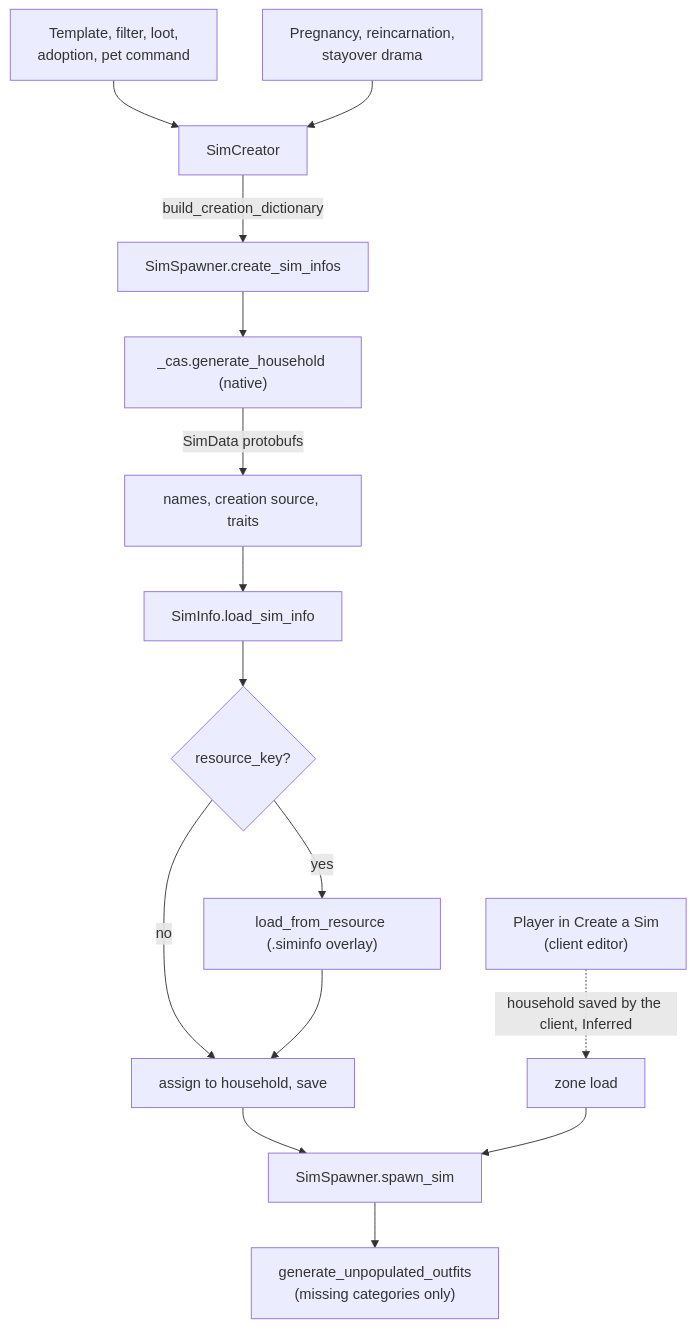
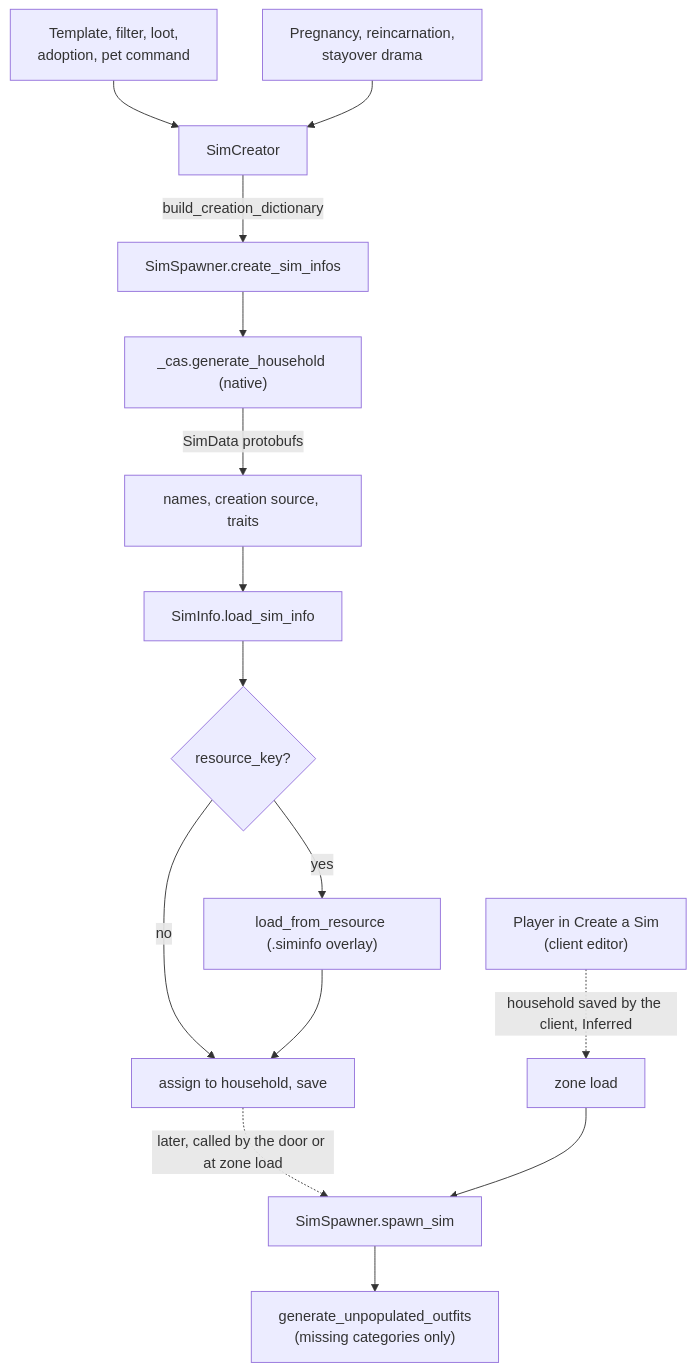
One commit to sudo-ezekiel/how-the-sims-4-works changed the second of 3 diagrams in src/3.01-create-a-sim.md. Above: the diagram before and after it, drawn with Mermaid. The commit also changed other lines of this file and 60 other files, not shown here.

````diff
--- a/src/3.01-create-a-sim.md
+++ b/src/3.01-create-a-sim.md
@@ -56,17 +56,17 @@
 ```mermaid
 flowchart TD
   CAS["Player in Create a Sim<br/>(client editor)"] -.->|household saved by the client, Inferred| LOAD[zone load]
   T["Template, filter, loot,<br/>adoption, pet command"] --> SC[SimCreator]
   P["Pregnancy, reincarnation,<br/>stayover drama"] --> SC
   SC -->|build_creation_dictionary| CSI[SimSpawner.create_sim_infos]
   CSI --> GH["_cas.generate_household (native)"]
   GH -->|SimData protobufs| NAMES[names, creation source, traits]
   NAMES --> LS[SimInfo.load_sim_info]
   LS --> RK{resource_key?}
   RK -->|yes| LFR["load_from_resource (.siminfo overlay)"]
   RK -->|no| HH[assign to household, save]
   LFR --> HH
-  HH --> SP["SimSpawner.spawn_sim"]
+  HH -.->|later, called by the door or at zone load| SP["SimSpawner.spawn_sim"]
   LOAD --> SP
   SP --> OUT["generate_unpopulated_outfits<br/>(missing categories only)"]
 ```
````
